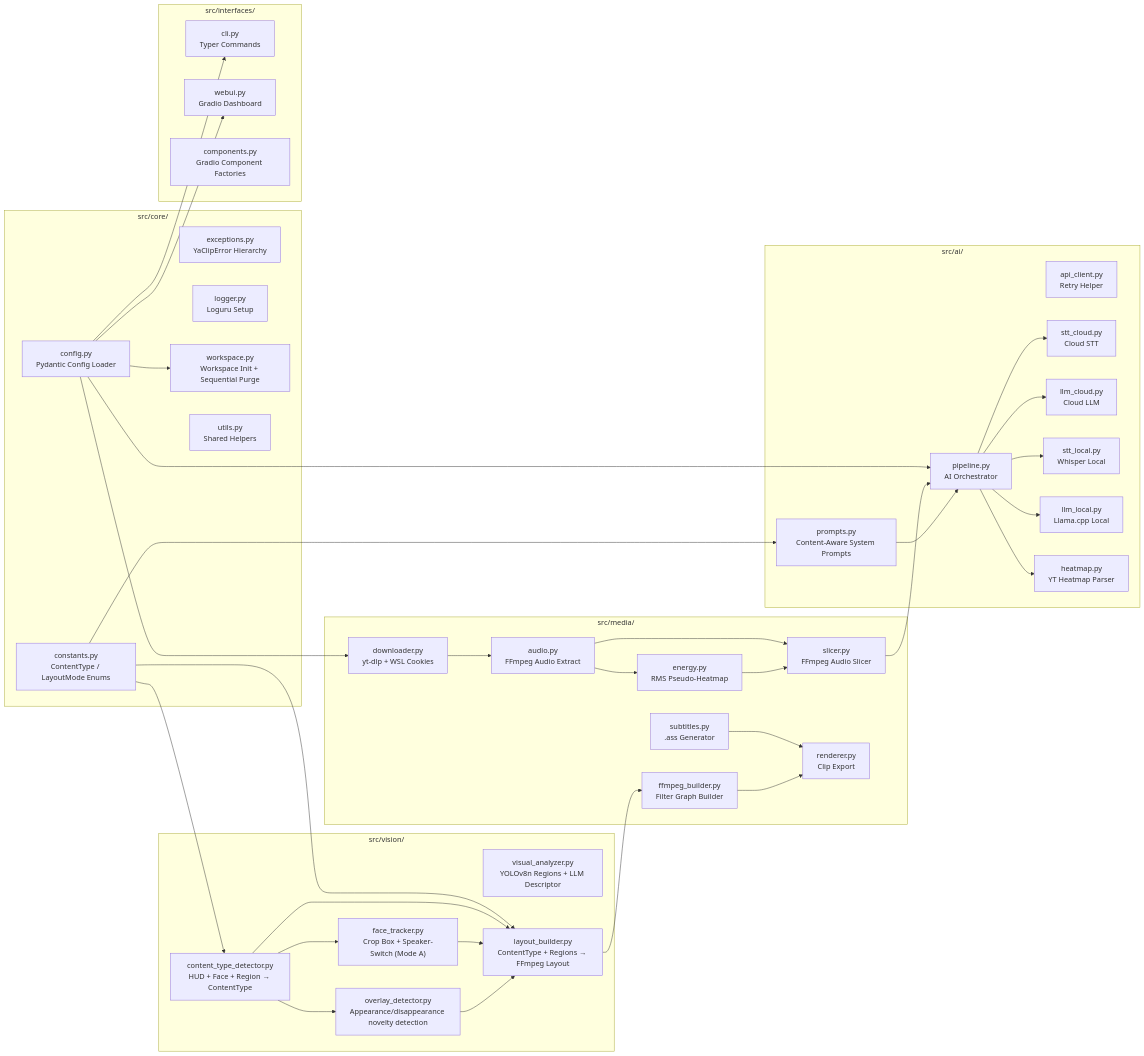
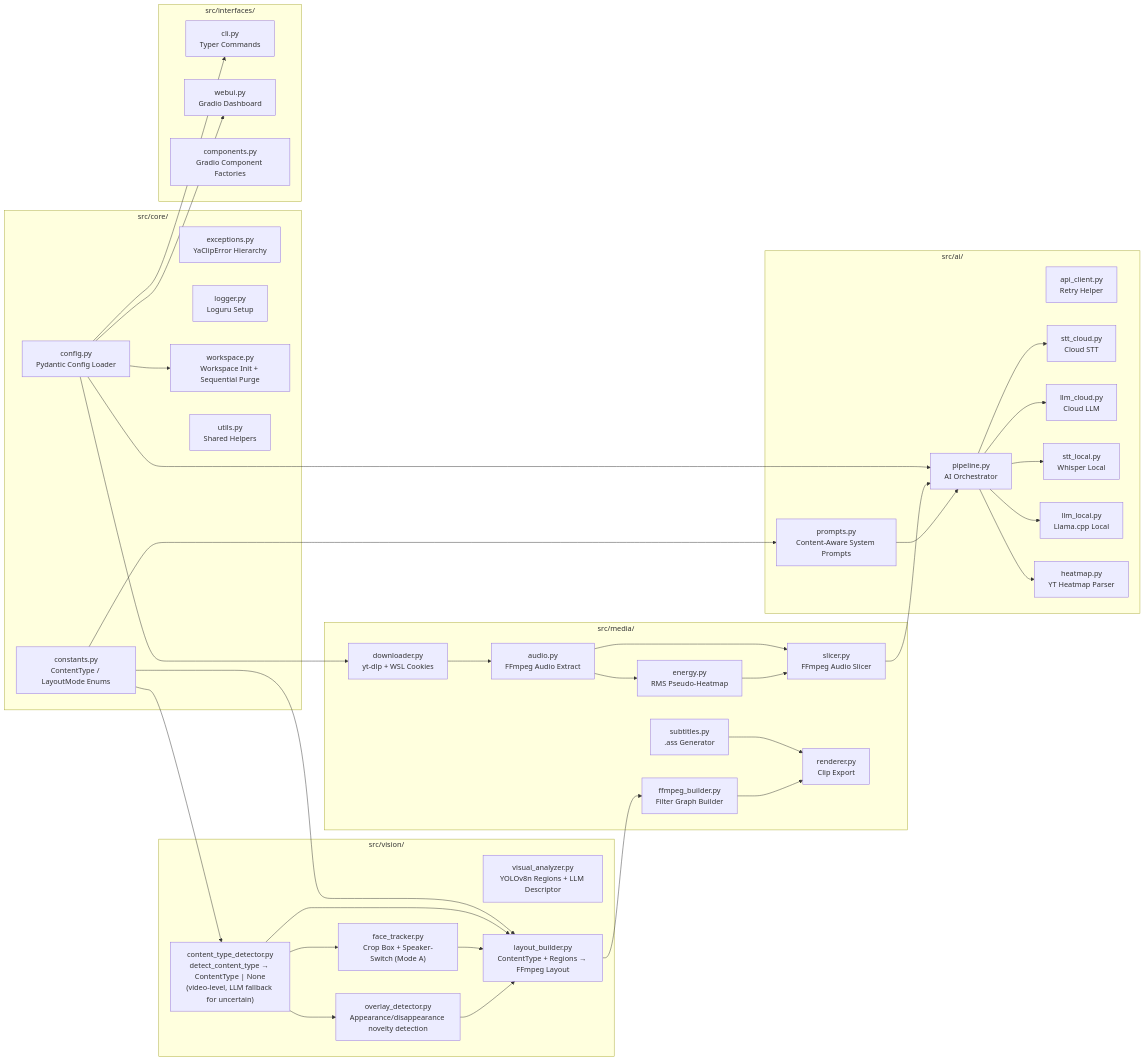
The diagram in docs/ARCHITECTURE.md (dimaskiddo/yaclip), drawn with Mermaid before and after one commit. The commit also changed other lines of this file and 21 other files, not shown here.

````diff
--- a/docs/ARCHITECTURE.md
+++ b/docs/ARCHITECTURE.md
@@ -13,78 +13,78 @@
 ```mermaid
 graph LR
     subgraph core["src/core/"]
         Config["config.py<br/>Pydantic Config Loader"]
         Constants["constants.py<br/>ContentType / LayoutMode Enums"]
         Exceptions["exceptions.py<br/>YaClipError Hierarchy"]
         Logger["logger.py<br/>Loguru Setup"]
         Cache["workspace.py<br/>Workspace Init + Sequential Purge"]
         Utils["utils.py<br/>Shared Helpers"]
     end
 
     subgraph media["src/media/"]
         Downloader["downloader.py<br/>yt-dlp + WSL Cookies"]
         Audio["audio.py<br/>FFmpeg Audio Extract"]
         Energy["energy.py<br/>RMS Pseudo-Heatmap"]
         Slicer["slicer.py<br/>FFmpeg Audio Slicer"]
         Subtitles["subtitles.py<br/>.ass Generator"]
         FFBuilder["ffmpeg_builder.py<br/>Filter Graph Builder"]
         Renderer["renderer.py<br/>Clip Export"]
     end
 
     subgraph ai["src/ai/"]
         Pipeline["pipeline.py<br/>AI Orchestrator"]
         APIClient["api_client.py<br/>Retry Helper"]
         STTCloud["stt_cloud.py<br/>Cloud STT"]
         LLMCloud["llm_cloud.py<br/>Cloud LLM"]
         LocalSTT["stt_local.py<br/>Whisper Local"]
         LocalLLM["llm_local.py<br/>Llama.cpp Local"]
         Heatmap["heatmap.py<br/>YT Heatmap Parser"]
         Prompts["prompts.py<br/>Content-Aware System Prompts"]
     end
 
     subgraph vision["src/vision/"]
         VisualAnalyzer["visual_analyzer.py<br/>YOLOv8n Regions + LLM Descriptor"]
-        ContentDetector["content_type_detector.py<br/>HUD + Face + Region → ContentType"]
+        ContentDetector["content_type_detector.py<br/>detect_content_type → ContentType | None<br/>(video-level, LLM fallback for uncertain)"]
         FaceTracker["face_tracker.py<br/>Crop Box + Speaker-Switch (Mode A)"]
         LayoutBuilder["layout_builder.py<br/>ContentType + Regions → FFmpeg Layout"]
         OverlayDetector["overlay_detector.py<br/>Appearance/disappearance novelty detection"]
     end
 
     subgraph interfaces["src/interfaces/"]
         CLI["cli.py<br/>Typer Commands"]
         WebUI["webui.py<br/>Gradio Dashboard"]
         Components["components.py<br/>Gradio Component Factories"]
     end
 
     Config --> Pipeline
     Config --> Downloader
     Config --> WebUI
     Config --> CLI
     Config --> Cache
     Constants --> ContentDetector
     Constants --> LayoutBuilder
     Constants --> Prompts
 
     Downloader --> Audio
     Audio --> Energy
     Audio --> Slicer
     Energy --> Slicer
 
     Slicer --> Pipeline
     Pipeline --> STTCloud
     Pipeline --> LLMCloud
     Pipeline --> LocalSTT
     Pipeline --> LocalLLM
     Pipeline --> Heatmap
     Prompts --> Pipeline
 
     ContentDetector --> FaceTracker
     ContentDetector --> OverlayDetector
     ContentDetector --> LayoutBuilder
     FaceTracker --> LayoutBuilder
     OverlayDetector --> LayoutBuilder
 
     Subtitles --> Renderer
     LayoutBuilder --> FFBuilder
     FFBuilder --> Renderer
 ```
````
